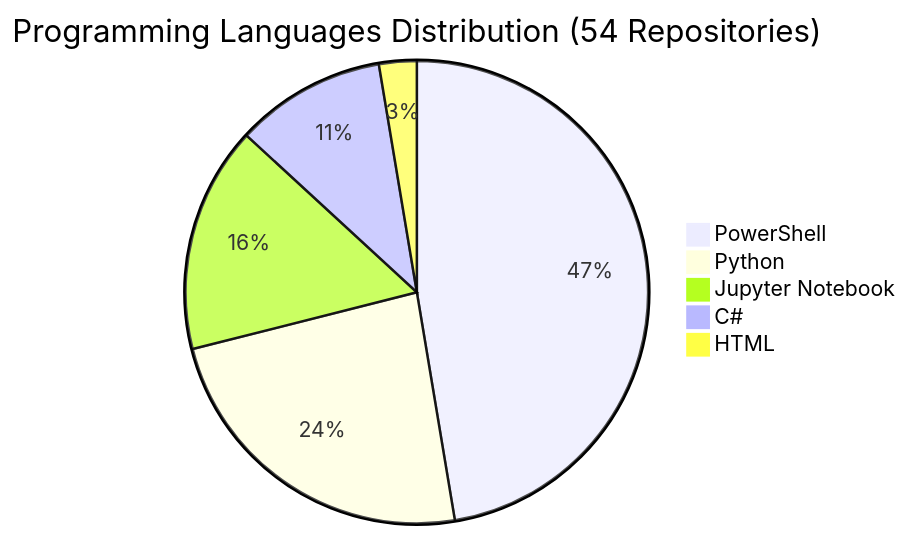
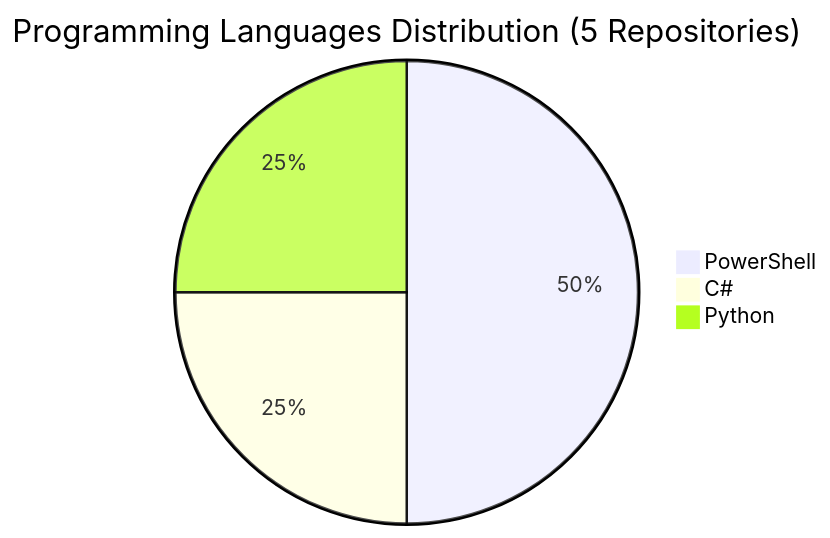
The diagram in REPOS.md (fabioc-aloha/fabioc-aloha), drawn with Mermaid before and after one commit. The commit also changed other lines of this file and 3 other files, not shown here.

````diff
--- a/REPOS.md
+++ b/REPOS.md
@@ -132,8 +63,6 @@
 ```mermaid
-pie title Programming Languages Distribution (54 Repositories)
-    "PowerShell" : 18
-    "Python" : 9
-    "Jupyter Notebook" : 6
-    "C#" : 4
-    "HTML" : 1
+pie title Programming Languages Distribution (5 Repositories)
+    "PowerShell" : 2
+    "C#" : 1
+    "Python" : 1
 ```
````
